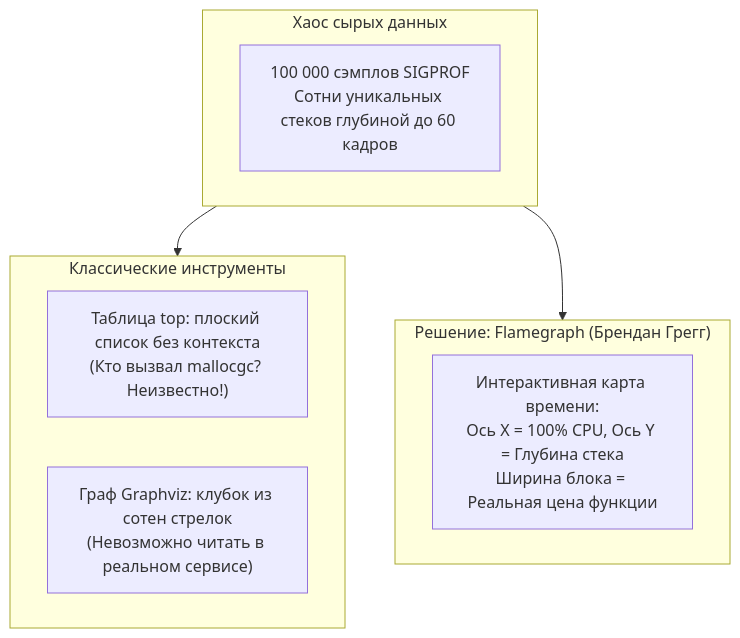
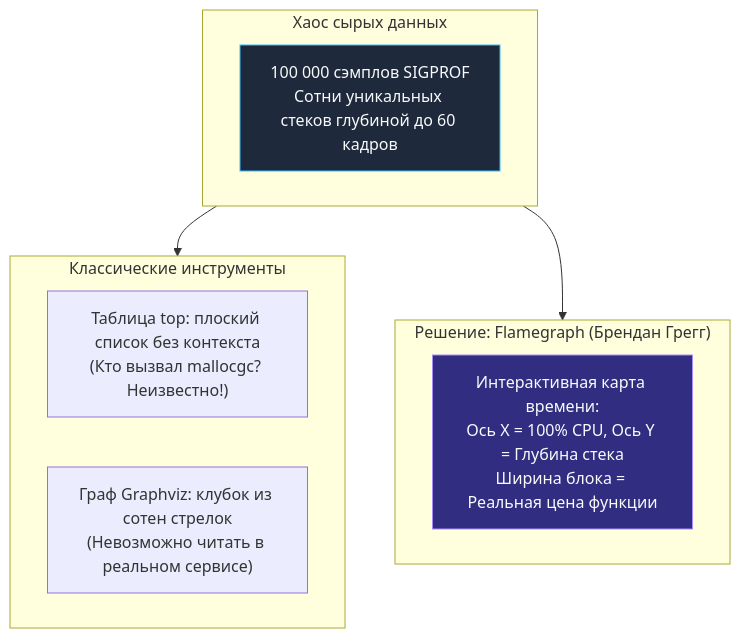
One commit to UnrealTemplier/go-textbook changed the first of 6 diagrams in sources/16. Профилирование, отладка и производительность/03. CPU profiling/3. Flamegraph.md. Above: the diagram before and after it, drawn with Mermaid. The commit also changed other lines of this file and 1666 other files, not shown here.

First line of the commit message:
feat(mermaid): add semantic color classDef to 1369 colorless flowchart/graph diagrams

````diff
--- a/sources/16. Профилирование, отладка и производительность/03. CPU profiling/3. Flamegraph.md
+++ b/sources/16. Профилирование, отладка и производительность/03. CPU profiling/3. Flamegraph.md
@@ -24,18 +24,28 @@
 ```mermaid
 flowchart TD
+    classDef process  fill:#1e293b,stroke:#38bdf8,stroke-width:1px,color:#f8fafc
+    classDef success  fill:#064e3b,stroke:#34d399,stroke-width:1px,color:#f8fafc
+    classDef error    fill:#7f1d1d,stroke:#f87171,stroke-width:1px,color:#f8fafc
+    classDef warning  fill:#78350f,stroke:#fbbf24,stroke-width:1px,color:#f8fafc
+    classDef entry    fill:#1e3a5f,stroke:#38bdf8,stroke-width:2px,color:#f8fafc
+    classDef aux      fill:#334155,stroke:#64748b,stroke-width:1px,color:#f8fafc
+    classDef system   fill:#312e81,stroke:#a78bfa,stroke-width:1px,color:#f8fafc
+    classDef data     fill:#132d29,stroke:#2dd4bf,stroke-width:1px,color:#f8fafc
+    classDef network  fill:#881337,stroke:#fb7185,stroke-width:1px,color:#f8fafc
+    classDef accent   fill:#1e1b4b,stroke:#818cf8,stroke-width:1px,color:#f8fafc
     subgraph RawData["Хаос сырых данных"]
-        Stacks["100 000 сэмплов SIGPROF<br>Сотни уникальных стеков глубиной до 60 кадров"]
+        Stacks["100 000 сэмплов SIGPROF<br>Сотни уникальных стеков глубиной до 60 кадров"]:::process
     end
 
     subgraph ClassicalTools["Классические инструменты"]
         TopTab["Таблица top: плоский список без контекста<br>(Кто вызвал mallocgc? Неизвестно!)"]
         Graphviz["Граф Graphviz: клубок из сотен стрелок<br>(Невозможно читать в реальном сервисе)"]
     end
 
     subgraph FlamegraphSolution["Решение: Flamegraph (Брендан Грегг)"]
-        Flame["Интерактивная карта времени:<br>Ось X = 100% CPU, Ось Y = Глубина стека<br>Ширина блока = Реальная цена функции"]
+        Flame["Интерактивная карта времени:<br>Ось X = 100% CPU, Ось Y = Глубина стека<br>Ширина блока = Реальная цена функции"]:::system
     end
 
     RawData --> ClassicalTools
     RawData --> FlamegraphSolution
 ```
````
